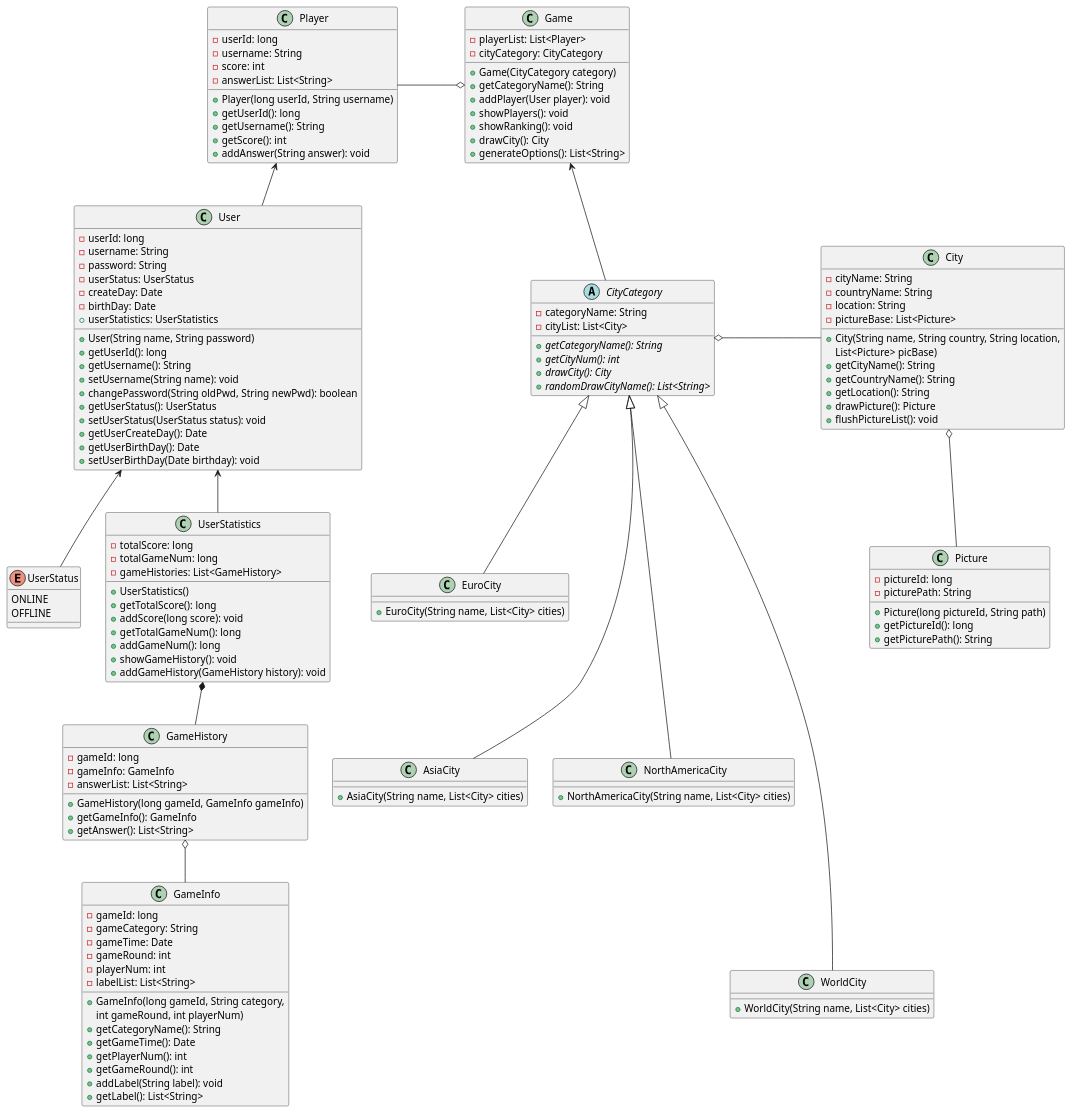
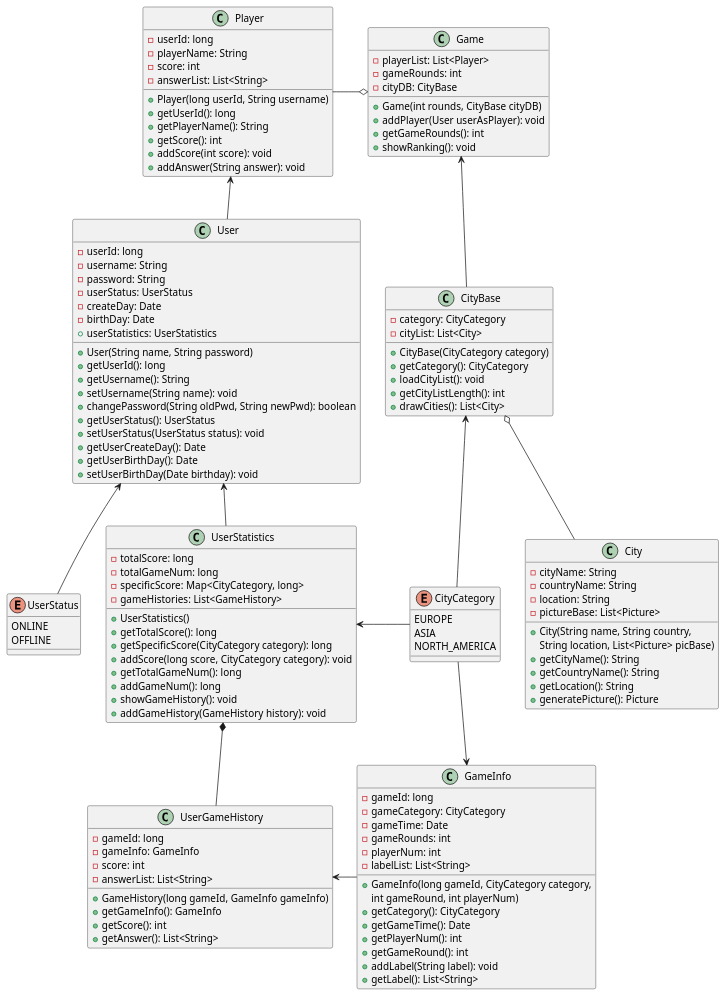
One commit to sopra-fs23-group-32/SoPra23_Server changed the diagram in src/uml/GuessCityClass.puml. Above: the diagram before and after it, drawn with PlantUML.

Commit message:
update class diagram for M2 feedback

```diff
--- a/src/uml/GuessCityClass.puml
+++ b/src/uml/GuessCityClass.puml
@@ -1,156 +1,152 @@
 @startuml
 'https://plantuml.com/class-diagram
 
 enum UserStatus {
     ONLINE
     OFFLINE
+}
+
+enum CityCategory {
+    EUROPE
+    ASIA
+    NORTH_AMERICA
 }
 
 class User {
     - userId: long
     - username: String
     - password: String
     - userStatus: UserStatus
     - createDay: Date
     - birthDay: Date
     + userStatistics: UserStatistics
     + User(String name, String password)
     + getUserId(): long
     + getUsername(): String
     + setUsername(String name): void
     + changePassword(String oldPwd, String newPwd): boolean
     + getUserStatus(): UserStatus
     + setUserStatus(UserStatus status): void
     + getUserCreateDay(): Date
     + getUserBirthDay(): Date
     + setUserBirthDay(Date birthday): void
 }
 
+class Player {
+    - userId: long
+    - playerName: String
+    - score: int
+    - answerList: List<String>
+    + Player(long userId, String username)
+    + getUserId(): long
+    + getPlayerName(): String
+    + getScore(): int
+    + addScore(int score): void
+    + addAnswer(String answer): void
+}
+
 class UserStatistics {
     - totalScore: long
     - totalGameNum: long
+    - specificScore: Map<CityCategory, long>
     - gameHistories: List<GameHistory>
     + UserStatistics()
     + getTotalScore(): long
-    + addScore(long score): void
+    + getSpecificScore(CityCategory category): long
+    + addScore(long score, CityCategory category): void
     + getTotalGameNum(): long
     + addGameNum(): long
     + showGameHistory(): void
     + addGameHistory(GameHistory history): void
 }
 
-class GameHistory {
+class UserGameHistory {
     - gameId: long
     - gameInfo: GameInfo
+    - score: int
     - answerList: List<String>
     + GameHistory(long gameId, GameInfo gameInfo)
     + getGameInfo(): GameInfo
+    + getScore(): int
     + getAnswer(): List<String>
+}
+
+User <-- UserStatistics
+User <-- UserStatus
+UserStatistics *-- UserGameHistory
+
+
+class Game {
+    - playerList: List<Player>
+    - gameRounds: int
+    - cityDB: CityBase
+    + Game(int rounds, CityBase cityDB)
+    + addPlayer(User userAsPlayer): void
+    + getGameRounds(): int
+    + showRanking(): void
+}
+
+class CityBase {
+    - category: CityCategory
+    - cityList: List<City>
+    + CityBase(CityCategory category)
+    + getCategory(): CityCategory
+    + loadCityList(): void
+    + getCityListLength(): int
+    + drawCities(): List<City>
 }
 
 class GameInfo {
     - gameId: long
-    - gameCategory: String
+    - gameCategory: CityCategory
     - gameTime: Date
-    - gameRound: int
+    - gameRounds: int
     - playerNum: int
     - labelList: List<String>
-    + GameInfo(long gameId, String category,
+    + GameInfo(long gameId, CityCategory category,
       int gameRound, int playerNum)
-    + getCategoryName(): String
+    + getCategory(): CityCategory
     + getGameTime(): Date
     + getPlayerNum(): int
     + getGameRound(): int
     + addLabel(String label): void
     + getLabel(): List<String>
 }
 
-User <-- UserStatistics
-User <-- UserStatus
-UserStatistics *-- GameHistory
-GameHistory o-- GameInfo
-
-'CityCategory --> GameHistory
-
-class Game {
-    - playerList: List<Player>
-    - cityCategory: CityCategory
-    + Game(CityCategory category)
-    + getCategoryName(): String
-    + addPlayer(User player): void
-    + showPlayers(): void
-    + showRanking(): void
-    + drawCity(): City
-    + generateOptions(): List<String>
-}
-
-class Player {
-    - userId: long
-    - username: String
-    - score: int
-    - answerList: List<String>
-    + Player(long userId, String username)
-    + getUserId(): long
-    + getUsername(): String
-    + getScore(): int
-    + addAnswer(String answer): void
-}
-
-abstract CityCategory {
-    - categoryName: String
-    - cityList: List<City>
-    + {abstract}getCategoryName(): String
-    + {abstract}getCityNum(): int
-    + {abstract}drawCity(): City
-    + {abstract}randomDrawCityName(): List<String>
-}
-
 class City {
     - cityName: String
     - countryName: String
     - location: String
     - pictureBase: List<Picture>
-    + City(String name, String country, String location,
-      List<Picture> picBase)
+    + City(String name, String country,
+      String location, List<Picture> picBase)
     + getCityName(): String
     + getCountryName(): String
     + getLocation(): String
-    + drawPicture(): Picture
-    + flushPictureList(): void
+    + generatePicture(): Picture
 }
 
-class Picture {
-    - pictureId: long
-    - picturePath: String
-    + Picture(long pictureId, String path)
-    + getPictureId(): long
-    + getPicturePath(): String
-}
+'class Picture {
+'    - pictureId: long
+'    - picturePath: String
+'    + Picture(long pictureId, String path)
+'    + getPictureId(): long
+'    + getPicturePath(): String
+'}
 
-
-Game <-- CityCategory
 Player <-- User
 Player -o Game
-CityCategory o- City
 
-City o-- Picture
+Game <-- CityBase
+CityBase o-- City
+CityBase <-- CityCategory
+UserStatistics <- CityCategory
+CityCategory --> GameInfo
+UserGameHistory <- GameInfo
 
-class EuroCity {
-    + EuroCity(String name, List<City> cities)
-}
-class AsiaCity {
-    + AsiaCity(String name, List<City> cities)
-}
-class NorthAmericaCity {
-    + NorthAmericaCity(String name, List<City> cities)
-}
-class WorldCity {
-    + WorldCity(String name, List<City> cities)
-}
-
-CityCategory <|-- EuroCity
-CityCategory <|--- AsiaCity
-CityCategory <|--- NorthAmericaCity
-CityCategory <|---- WorldCity
+'CityCategory <|-- EuroCity
+'CityCategory <|--- AsiaCity
+'CityCategory <|--- NorthAmericaCity
+'CityCategory <|---- WorldCity
 
 @enduml
```
